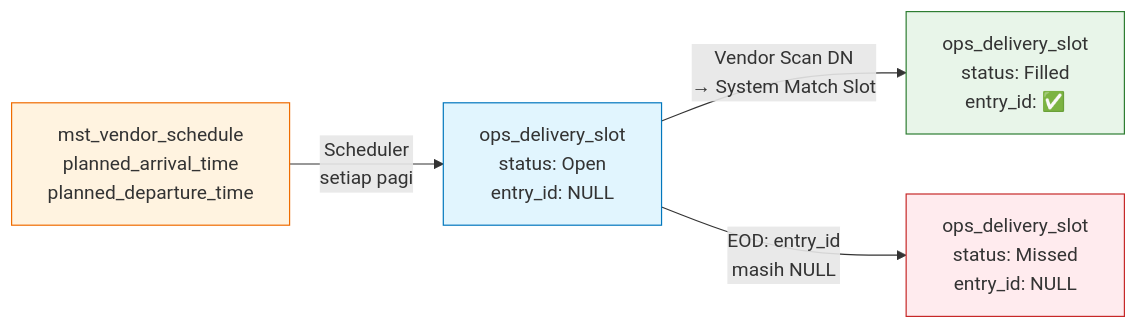
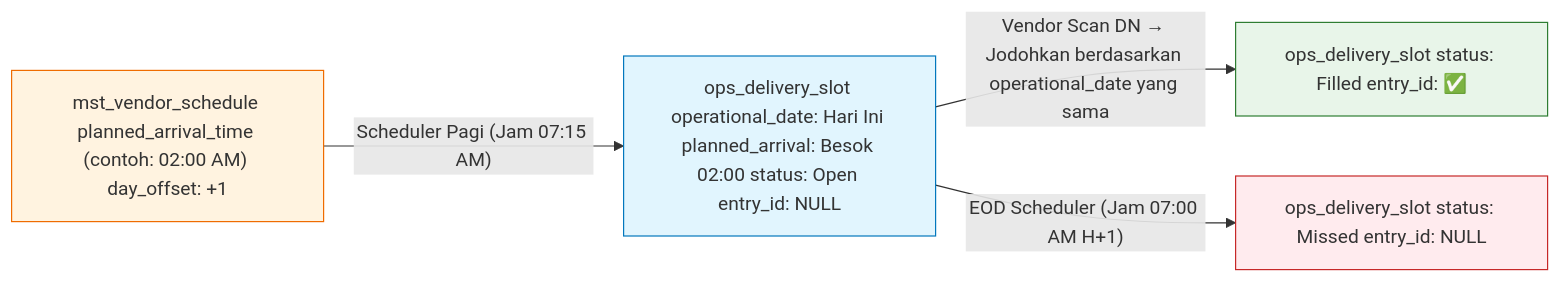
Before and after one commit to bagususwanto/vendor-checkpoint: the third of 4 diagrams in docs/revisi/v2-UserFlow.md, drawn with Mermaid. The commit also changed other lines of this file, not shown here.

Commit message:
docs: upgrade user flow documentation to v2.3 with operational date and cut-off time support

````diff
--- a/docs/revisi/v2-UserFlow.md
+++ b/docs/revisi/v2-UserFlow.md
@@ -134,17 +132,17 @@
 ```mermaid
 flowchart LR
     classDef schedule fill:#fff3e0,stroke:#ef6c00
     classDef slot fill:#e1f5fe,stroke:#0277bd
     classDef entry fill:#e8f5e9,stroke:#2e7d32
     classDef missed fill:#ffebee,stroke:#c62828
 
-    MST["mst_vendor_schedule\nplanned_arrival_time\nplanned_departure_time"]:::schedule
+    MST["mst_vendor_schedule planned_arrival_time (contoh: 02:00 AM) day_offset: +1"]:::schedule
 
-    SLOT_OPEN["ops_delivery_slot\nstatus: Open\nentry_id: NULL"]:::slot
-    SLOT_FILLED["ops_delivery_slot\nstatus: Filled\nentry_id: ✅"]:::entry
-    SLOT_MISSED["ops_delivery_slot\nstatus: Missed\nentry_id: NULL"]:::missed
+    SLOT_OPEN["ops_delivery_slot operational_date: Hari Ini planned_arrival: Besok 02:00 status: Open entry_id: NULL"]:::slot
+    SLOT_FILLED["ops_delivery_slot status: Filled entry_id: ✅"]:::entry
+    SLOT_MISSED["ops_delivery_slot status: Missed entry_id: NULL"]:::missed
 
-    MST -- "Scheduler\nsetiap pagi" --> SLOT_OPEN
-    SLOT_OPEN -- "Vendor Scan DN\n→ System Match Slot" --> SLOT_FILLED
-    SLOT_OPEN -- "EOD: entry_id\nmasih NULL" --> SLOT_MISSED
+    MST -- "Scheduler Pagi (Jam 07:15 AM)" --> SLOT_OPEN
+    SLOT_OPEN -- "Vendor Scan DN → Jodohkan berdasarkan operational_date yang sama" --> SLOT_FILLED
+    SLOT_OPEN -- "EOD Scheduler (Jam 07:00 AM H+1)" --> SLOT_MISSED
 ```
````
